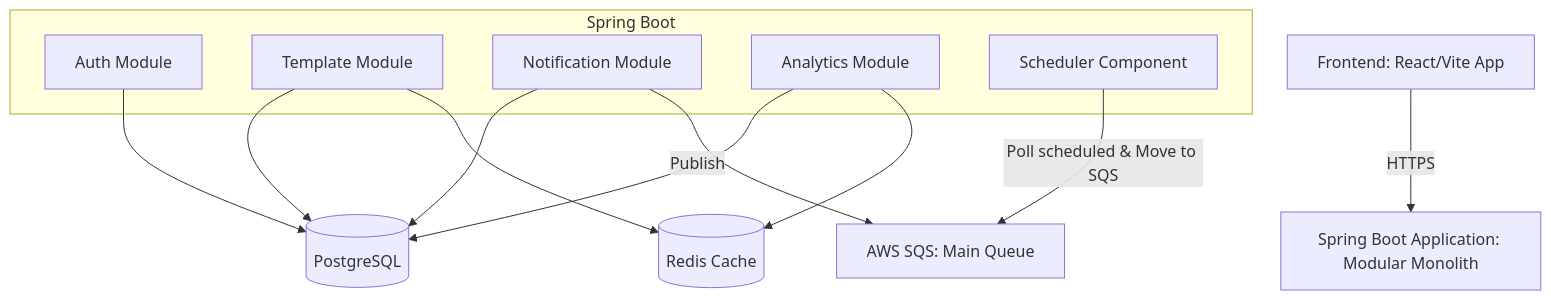
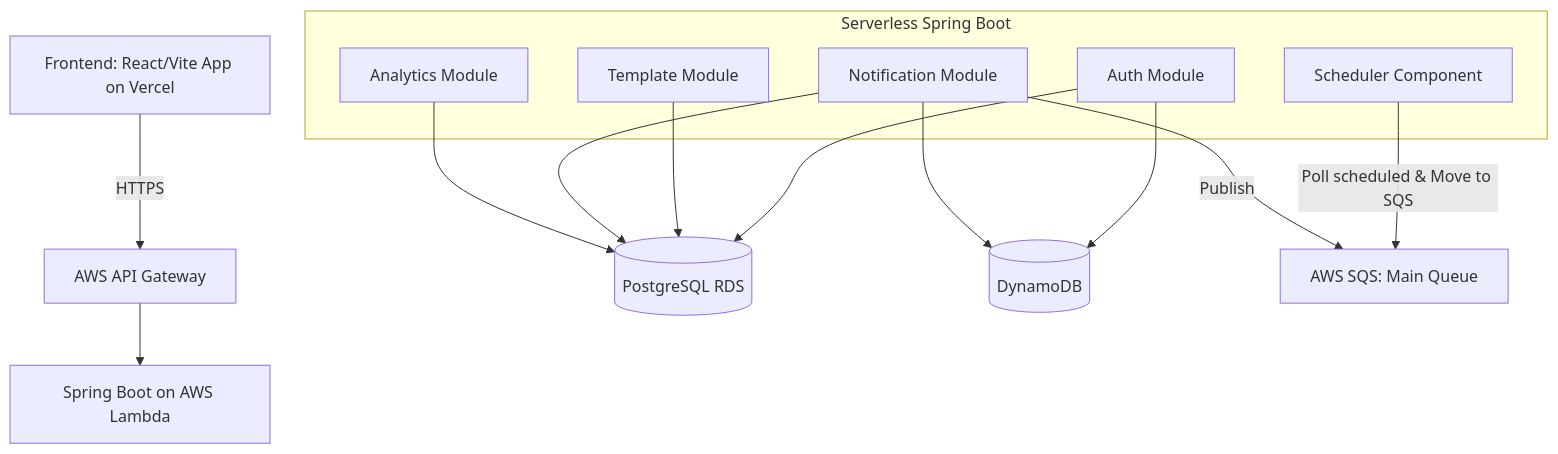
One commit to SouriRishik/PulseNotify changed the first of 5 diagrams in README.md. Above: the diagram before and after it, drawn with Mermaid. The commit also changed other lines of this file, not shown here.

````diff
--- a/README.md
+++ b/README.md
@@ -28,22 +30,23 @@
 ```mermaid
 graph TD
-    Client[Frontend: React/Vite App] -->|HTTPS| SpringBoot[Spring Boot Application: Modular Monolith]
+    Client[Frontend: React/Vite App on Vercel] -->|HTTPS| APIGW[AWS API Gateway]
+    APIGW --> SpringBoot[Spring Boot on AWS Lambda]
     
-    subgraph Spring Boot
+    subgraph Serverless Spring Boot
         Auth[Auth Module]
         Template[Template Module]
         Notif_API[Notification Module]
         Analytics[Analytics Module]
         Scheduler[Scheduler Component]
     end
 
-    Auth --> DB[(PostgreSQL)]
+    Auth --> DB[(PostgreSQL RDS)]
+    Auth --> DDB[(DynamoDB)]
     Template --> DB
-    Template --> Cache[(Redis Cache)]
     Notif_API --> DB
+    Notif_API --> DDB
     Analytics --> DB
-    Analytics --> Cache
 
     Scheduler -->|Poll scheduled & Move to SQS| SQS_Main
     Notif_API -->|Publish| SQS_Main[AWS SQS: Main Queue]
 ```
````
